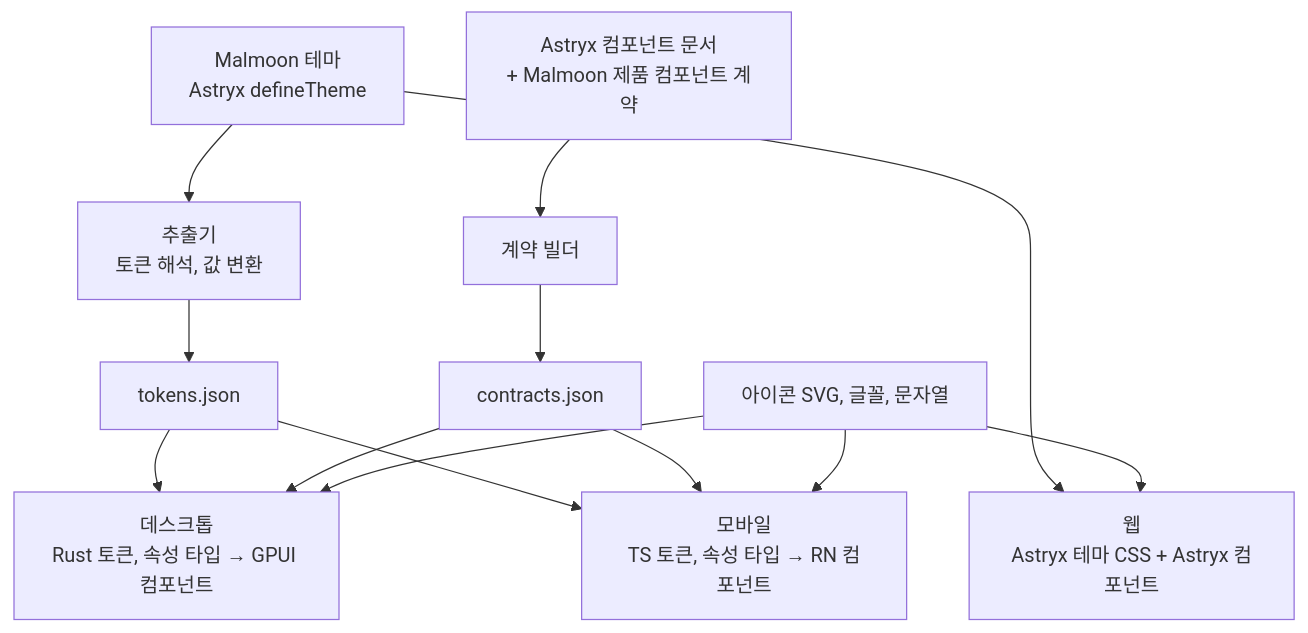
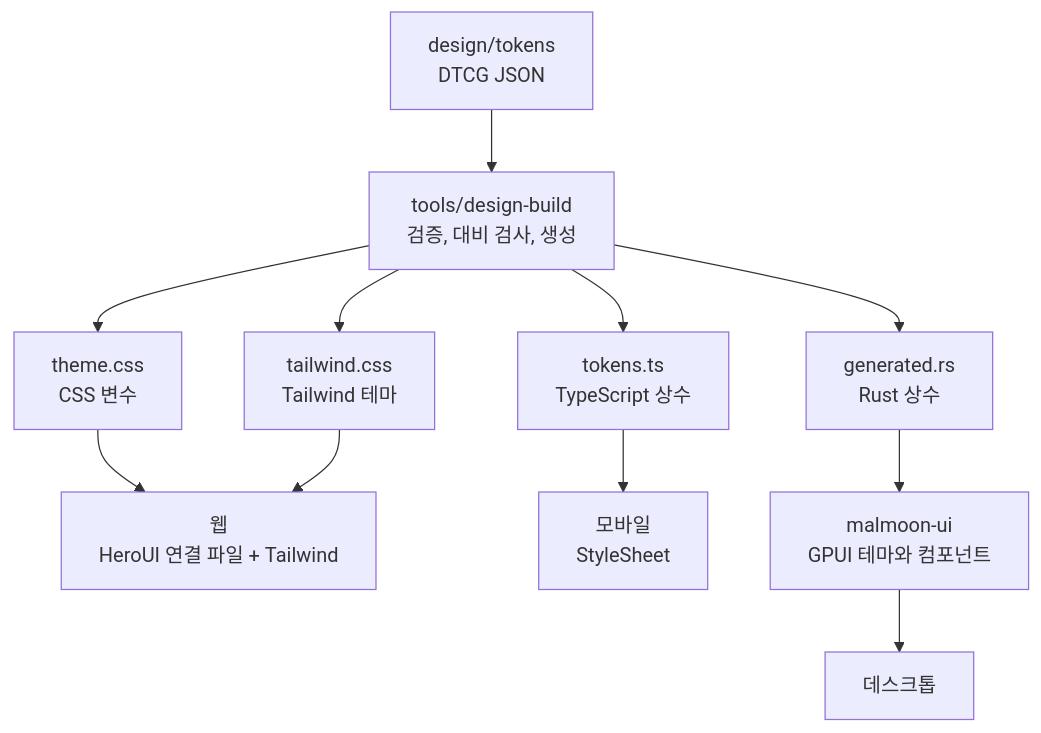
One commit to kjmin-dev/malmoon changed the diagram in docs/06-design-system.md. Above: the diagram before and after it, drawn with Mermaid. The commit also changed other lines of this file and 90 other files, not shown here.

First line of the commit message:
Add the monorepo skeleton for desktop, web, mobile, and gateway (#1)

````diff
--- a/docs/06-design-system.md
+++ b/docs/06-design-system.md
@@ -25,20 +18,17 @@
 ```mermaid
 flowchart TD
-  THEME["Malmoon 테마<br/>Astryx defineTheme"]
-  DOCS["Astryx 컴포넌트 문서<br/>+ Malmoon 제품 컴포넌트 계약"]
-  ICONS["아이콘 SVG, 글꼴, 문자열"]
+  SRC["design/tokens<br/>DTCG JSON"]
+  BUILD["tools/design-build<br/>검증, 대비 검사, 생성"]
+  SRC --> BUILD
 
-  THEME --> EXTRACT["추출기<br/>토큰 해석, 값 변환"]
-  DOCS --> BUILD["계약 빌더"]
-  EXTRACT --> TOKENS["tokens.json"]
-  BUILD --> CONTRACTS["contracts.json"]
+  BUILD --> CSS["theme.css<br/>CSS 변수"]
+  BUILD --> TW["tailwind.css<br/>Tailwind 테마"]
+  BUILD --> TS["tokens.ts<br/>TypeScript 상수"]
+  BUILD --> RS["generated.rs<br/>Rust 상수"]
 
-  THEME --> WEB["웹<br/>Astryx 테마 CSS + Astryx 컴포넌트"]
-  TOKENS --> RUST["데스크톱<br/>Rust 토큰, 속성 타입 → GPUI 컴포넌트"]
-  CONTRACTS --> RUST
-  TOKENS --> RN["모바일<br/>TS 토큰, 속성 타입 → RN 컴포넌트"]
-  CONTRACTS --> RN
-  ICONS --> WEB
-  ICONS --> RUST
-  ICONS --> RN
+  CSS --> WEB["웹<br/>HeroUI 연결 파일 + Tailwind"]
+  TW --> WEB
+  TS --> RN["모바일<br/>StyleSheet"]
+  RS --> UI["malmoon-ui<br/>GPUI 테마와 컴포넌트"]
+  UI --> DESKTOP["데스크톱"]
 ```
````
